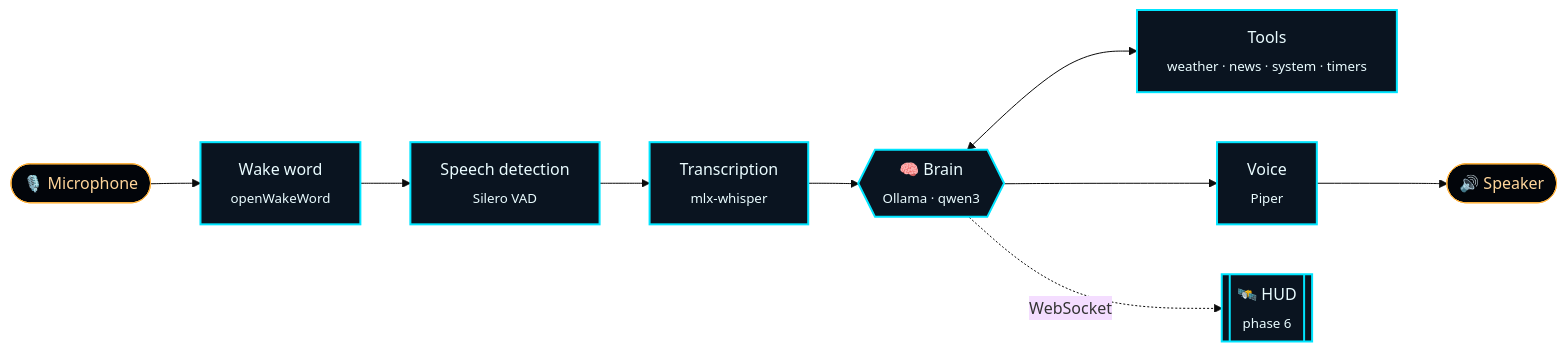
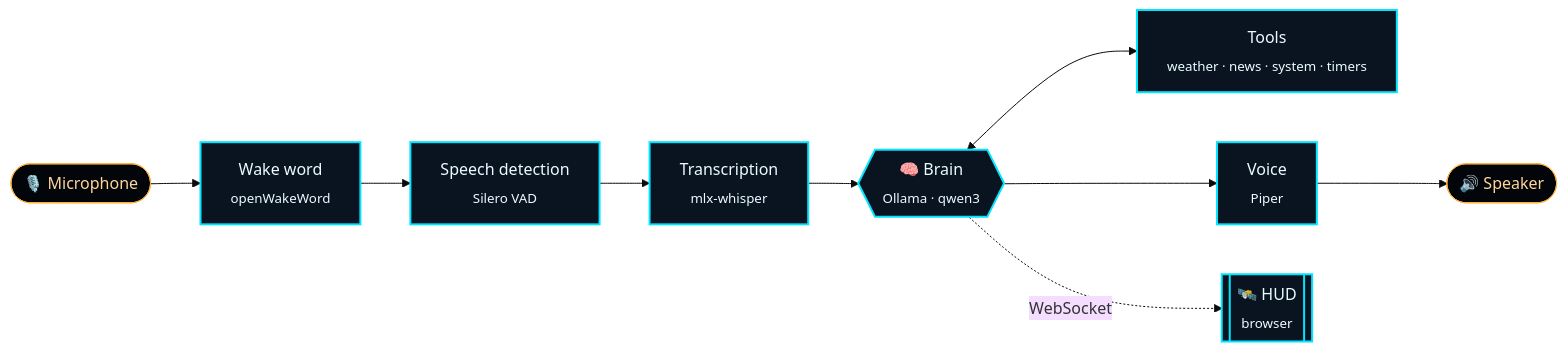
The diagram in README.md (MichelleBudri/my-jarvis), drawn with Mermaid (base theme) before and after one commit. The commit also changed other lines of this file and 32 other files, not shown here.

First line of the commit message:
feat: holographic HUD in the browser (phase 6)

````diff
--- a/README.md
+++ b/README.md
@@ -57,17 +74,17 @@
 ```mermaid
 flowchart LR
     MIC(["🎙️ Microphone"]) --> WAKE["Wake word<br/><sub>openWakeWord</sub>"]
     WAKE --> VAD["Speech detection<br/><sub>Silero VAD</sub>"]
     VAD --> STT["Transcription<br/><sub>mlx-whisper</sub>"]
     STT --> LLM{{"🧠 Brain<br/><sub>Ollama · qwen3</sub>"}}
     LLM <--> TOOLS["Tools<br/><sub>weather · news · system · timers</sub>"]
     LLM --> TTS["Voice<br/><sub>Piper</sub>"]
     TTS --> SPK(["🔊 Speaker"])
-    LLM -. WebSocket .-> HUD[["🛰️ HUD<br/><sub>phase 6</sub>"]]
+    LLM -. WebSocket .-> HUD[["🛰️ HUD<br/><sub>browser</sub>"]]
 
     classDef core fill:#0a1420,stroke:#00e5ff,color:#eafcff,stroke-width:2px
     classDef io fill:#02050a,stroke:#ffb340,color:#ffd59a
     class WAKE,VAD,STT,TOOLS,TTS,HUD core
     class LLM core
     class MIC,SPK io
 ```
````
